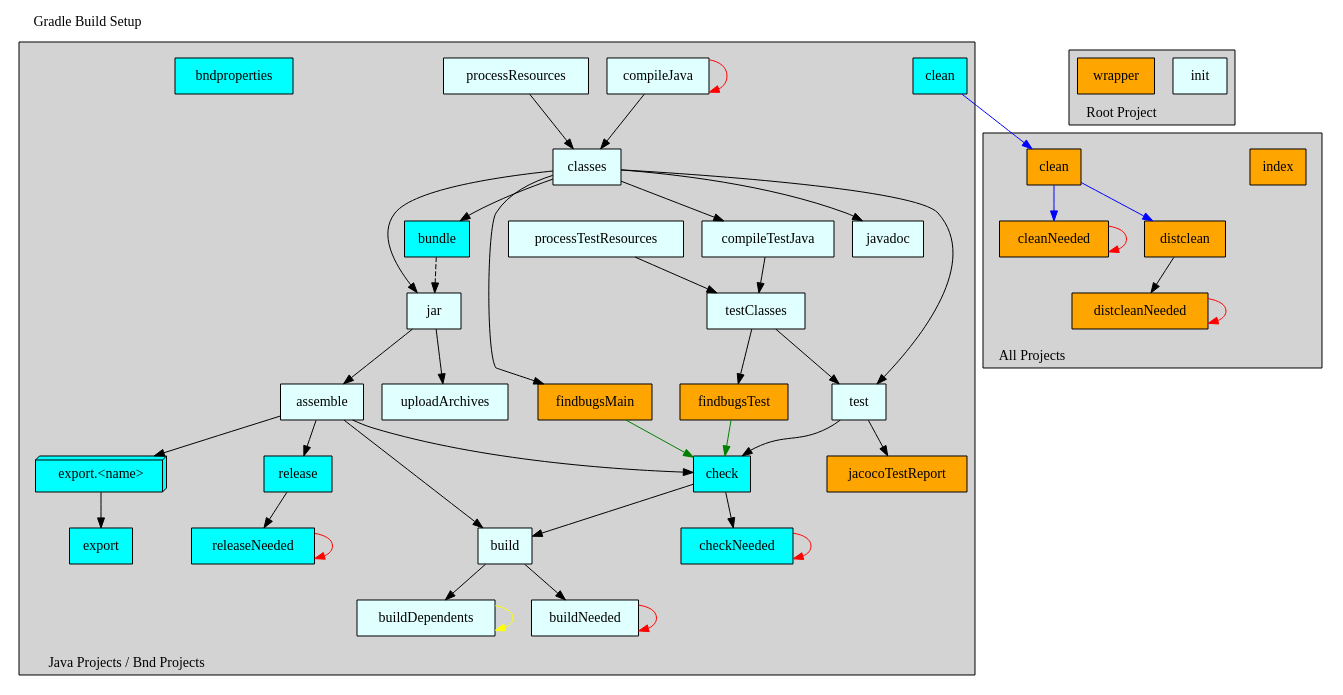
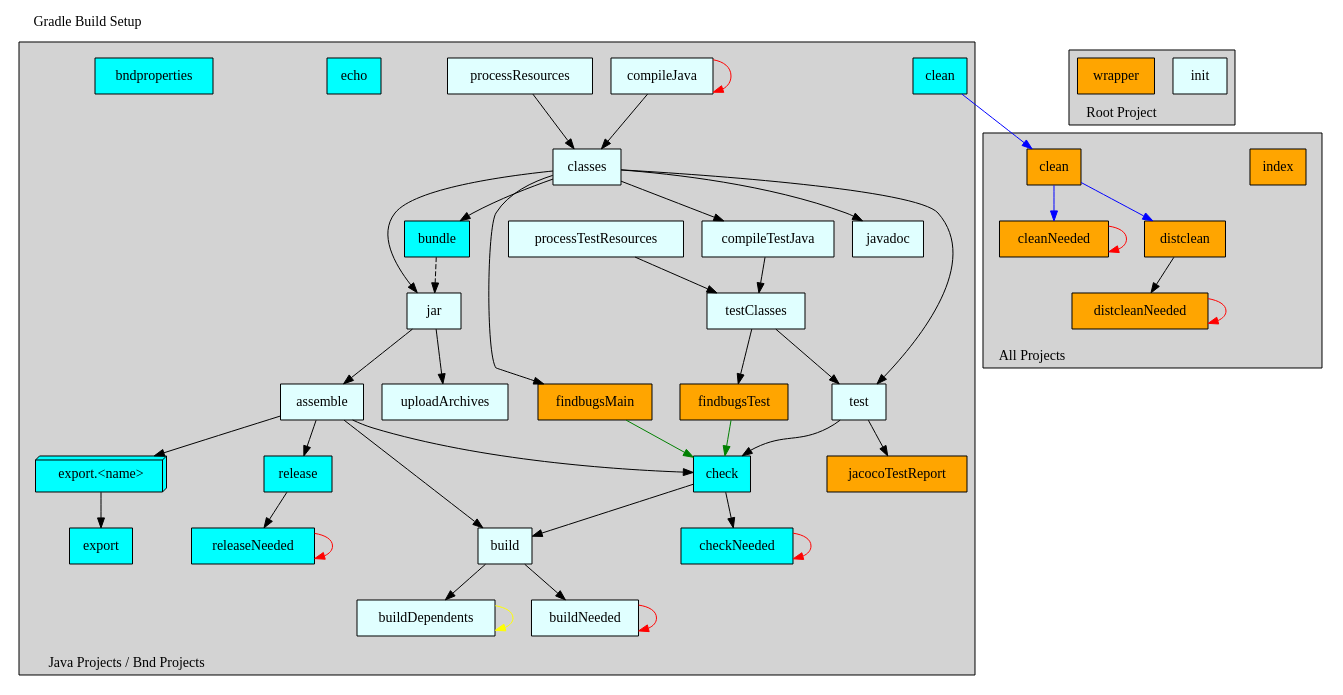
The diagram in cnf/gradle/doc/template.dot (paulvi/bndtoolsPlugins), drawn with Graphviz before and after one commit. The commit also changed 9 other files, not shown here.

```diff
--- a/cnf/gradle/doc/template.dot
+++ b/cnf/gradle/doc/template.dot
@@ -1,188 +1,189 @@
 /*
  * WARNING
  *
  * This file is maintained automatically by Bndtools.
  * You should not edit it.
  *
  * See the BUILDING-GRADLE.md document in the root project for more details.
  *
  * To create an SVG diagram from this file, install graphviz and run:
  *   dot -Tsvg "$1.dot" -o "$1.svg"   (on a Linux   machine)
  *   dot -Tsvg "%1.dot" -o "%1.svg"   (on a Windows machine)
  */
 
 
 digraph GradleSetup {
   label="Gradle Build Setup"
   labelloc=t
   labeljust=l
 
   subgraph cluster1 {
     label="Java Projects / Bnd Projects";
     labelloc=b
     labeljust=l
     style=filled;
     fillcolor=lightgrey;
     color=black;
 
     subgraph cluster101 {
       label="";
       style=invis;
       compileJava          [shape=box, style=filled, fillcolor=lightcyan, label="compileJava"         ]
       processResources     [shape=box, style=filled, fillcolor=lightcyan, label="processResources"    ]
       classes              [shape=box, style=filled, fillcolor=lightcyan, label="classes"             ]
     }
 
     subgraph cluster102 {
       label="";
       style=invis;
       jar                  [shape=box, style=filled, fillcolor=lightcyan, label="jar"                 ]
       bundle               [shape=box, style=filled, fillcolor=cyan     , label="bundle"              ]
     }
 
     subgraph cluster103 {
       label="";
       style=invis;
       compileTestJava      [shape=box, style=filled, fillcolor=lightcyan, label="compileTestJava"     ]
       processTestResources [shape=box, style=filled, fillcolor=lightcyan, label="processTestResources"]
       testClasses          [shape=box, style=filled, fillcolor=lightcyan, label="testClasses"         ]
     }
 
     subgraph cluster104 {
       label="";
       style=invis;
       test                 [shape=box, style=filled, fillcolor=lightcyan, label="test"                ]
     }
 
     subgraph cluster105 {
       label="";
       style=invis;
       uploadArchives       [shape=box, style=filled, fillcolor=lightcyan, label="uploadArchives"      ]
       assemble             [shape=box, style=filled, fillcolor=lightcyan, label="assemble"            ]
     }
 
     subgraph cluster106 {
       label="";
       style=invis;
       check                [shape=box, style=filled, fillcolor=cyan     , label="check"               ]
       checkNeeded          [shape=box, style=filled, fillcolor=cyan     , label="checkNeeded"         ]
     }
 
     subgraph cluster107 {
       label="";
       style=invis;
       release              [shape=box, style=filled, fillcolor=cyan     , label="release"             ]
       releaseNeeded        [shape=box, style=filled, fillcolor=cyan     , label="releaseNeeded"       ]
     }
 
     subgraph cluster108 {
       label="";
       style=invis;
       exportX              [shape=box3d, style=filled, fillcolor=cyan   , label="export.<name>"       ]
       export               [shape=box  , style=filled, fillcolor=cyan   , label="export"              ]
     }
 
     subgraph cluster109 {
       label="";
       style=invis;
       build                [shape=box, style=filled, fillcolor=lightcyan, label="build"               ]
       buildDependents      [shape=box, style=filled, fillcolor=lightcyan, label="buildDependents"     ]
       buildNeeded          [shape=box, style=filled, fillcolor=lightcyan, label="buildNeeded"         ]
     }
 
     subgraph cluster110 {
       label="";
       style=invis;
     }
 
     javadoc                [shape=box, style=filled, fillcolor=lightcyan, label="javadoc"             ]
 
     clean                  [shape=box, style=filled, fillcolor=cyan     , label="clean"               ]
+    echo                   [shape=box, style=filled, fillcolor=cyan     , label="echo"                ]
     bndproperties          [shape=box, style=filled, fillcolor=cyan     , label="bndproperties"       ]
     jacocoTestReport       [shape=box, style=filled, fillcolor=orange   , label="jacocoTestReport"    ]
     findbugsMain           [shape=box, style=filled, fillcolor=orange   , label="findbugsMain"        ]
     findbugsTest           [shape=box, style=filled, fillcolor=orange   , label="findbugsTest"        ]
 
     compileJava            -> classes
     processResources       -> classes
     classes                -> javadoc
     classes                -> compileTestJava
     classes                -> jar
     classes                -> test
     compileTestJava        -> testClasses
     processTestResources   -> testClasses
     jar                    -> uploadArchives
     jar                    -> assemble
     testClasses            -> test
     assemble               -> build
     assemble               -> check
     test                   -> check
     check                  -> checkNeeded
     checkNeeded            -> checkNeeded        [color=red   ]
     check                  -> build
     build                  -> buildDependents
     buildDependents        -> buildDependents    [color=yellow]
     build                  -> buildNeeded
     buildNeeded            -> buildNeeded        [color=red   ]
 
     classes                -> bundle
     bundle                 -> jar                [style=dashed]
     compileJava            -> compileJava        [color=red   ]
     assemble               -> release
     assemble               -> exportX
     exportX                -> export
     release                -> releaseNeeded
     releaseNeeded          -> releaseNeeded      [color=red   ]
 
     classes                -> findbugsMain
     testClasses            -> findbugsTest
     findbugsMain           -> check              [color=green ]
     findbugsTest           -> check              [color=green ]
     test                   -> jacocoTestReport
   }
 
 
   subgraph cluster2 {
     label="Root Project";
     labelloc=b
     labeljust=l
     style=filled;
     fillcolor=lightgrey;
     color=black;
 
     init                   [shape=box, style=filled, fillcolor=lightcyan, label="init"                ]
     wrapper                [shape=box, style=filled, fillcolor=orange   , label="wrapper"             ]
   }
 
 
   subgraph cluster3 {
     label="All Projects";
     labelloc=b
     labeljust=l
     style=filled;
     fillcolor=lightgrey;
     color=black;
 
     subgraph cluster301 {
       label="";
       style=invis;
       index                [shape=box, style=filled, fillcolor=orange   , label="index"               ]
     }
 
     subgraph cluster302 {
       label="";
       style=invis;
       cleanAll             [shape=box, style=filled, fillcolor=orange   , label="clean"               ]
       cleanAllNeeded       [shape=box, style=filled, fillcolor=orange   , label="cleanNeeded"         ]
       distclean            [shape=box, style=filled, fillcolor=orange   , label="distclean"           ]
       distcleanNeeded      [shape=box, style=filled, fillcolor=orange   , label="distcleanNeeded"     ]
     }
 
     clean                  -> cleanAll           [color=blue  ]
     cleanAll               -> cleanAllNeeded     [color=blue  ]
     cleanAllNeeded         -> cleanAllNeeded     [color=red   ]
     cleanAll               -> distclean          [color=blue  ]
     distclean              -> distcleanNeeded
     distcleanNeeded        -> distcleanNeeded    [color=red   ]
   }
 }
```
